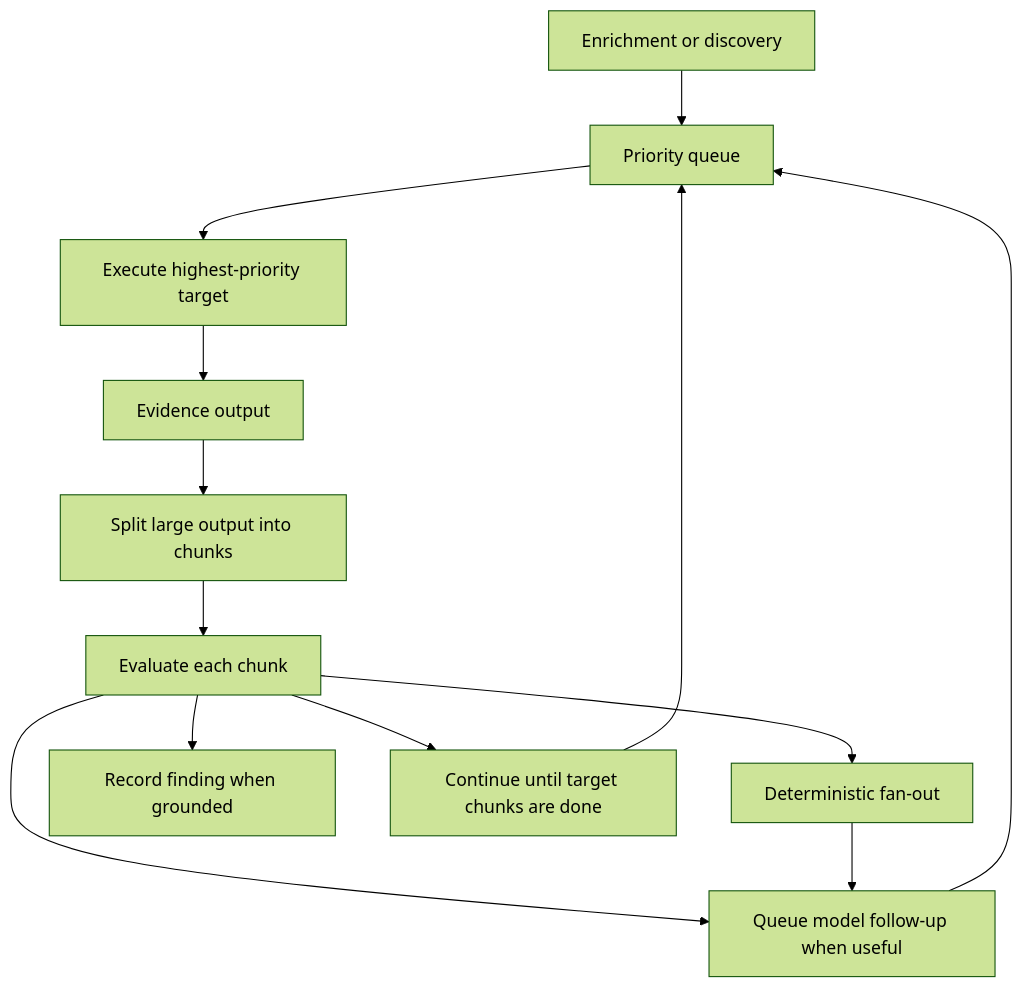
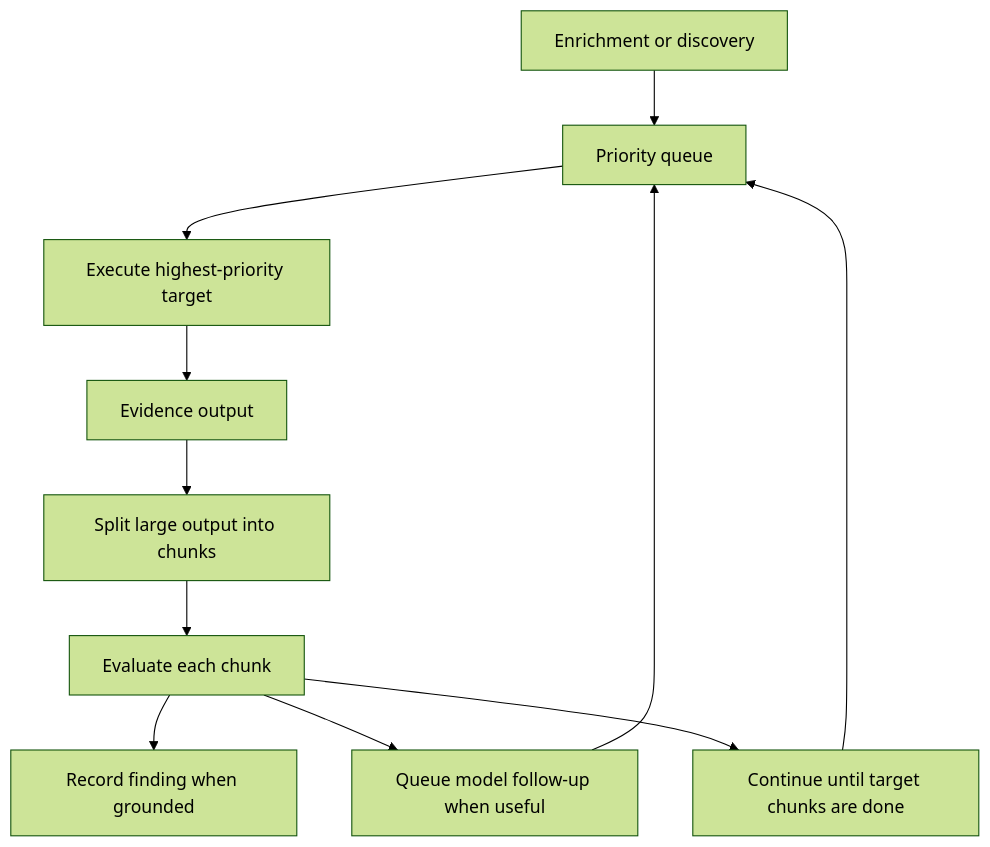
One commit to pablo-972/AIM changed the diagram in docs/phases/reversing.md. Above: the diagram before and after it, drawn with Mermaid (forest theme). The commit also changed other lines of this file and 7 other files, not shown here.

````diff
--- a/docs/phases/reversing.md
+++ b/docs/phases/reversing.md
@@ -33,15 +33,13 @@
 ```mermaid
 flowchart TD
     Seed[Enrichment or discovery] --> Queue[Priority queue]
     Queue --> Target[Execute highest-priority target]
     Target --> Output[Evidence output]
     Output --> Chunks[Split large output into chunks]
     Chunks --> Evaluate[Evaluate each chunk]
-    Evaluate --> Fanout[Deterministic fan-out]
     Evaluate --> Finding[Record finding when grounded]
     Evaluate --> FollowUp[Queue model follow-up when useful]
-    Fanout --> FollowUp
     FollowUp --> Queue
     Evaluate --> Next[Continue until target chunks are done]
     Next --> Queue
 ```
````
